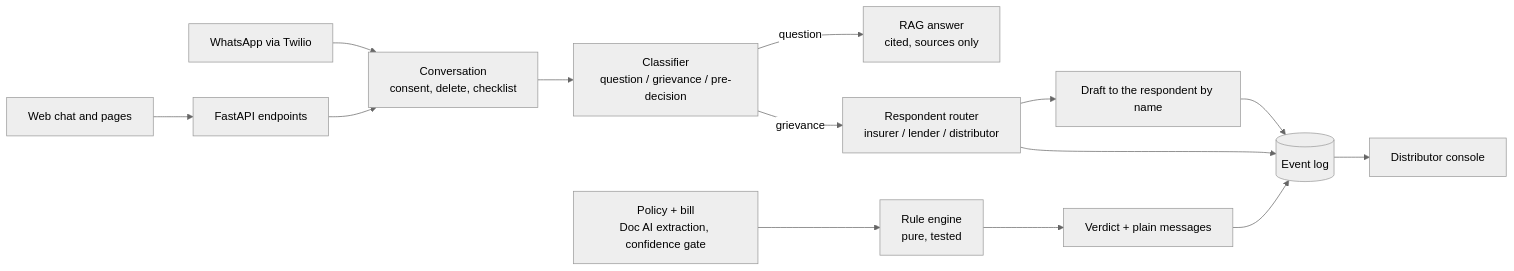
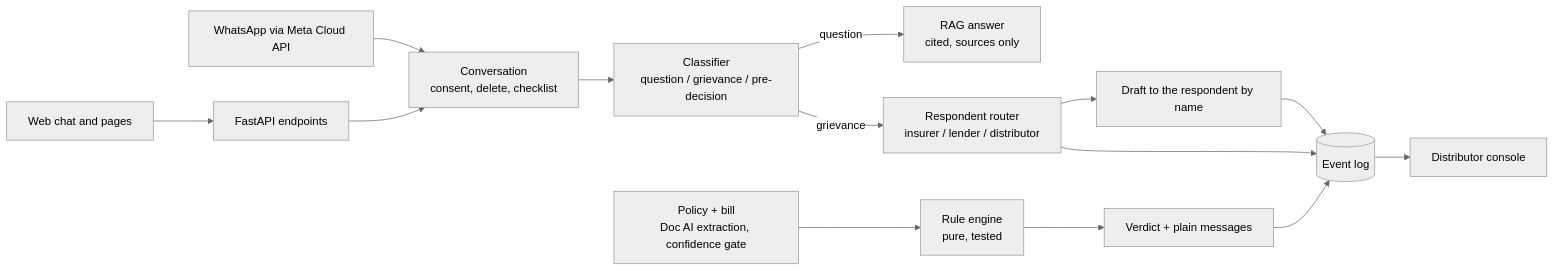
One commit to rithvikshettyy/praman-paytm changed the diagram in README.md. Above: the diagram before and after it, drawn with Mermaid (neutral theme). The commit also changed other lines of this file and 19 other files, not shown here.

First line of the commit message:
WhatsApp over Meta Cloud API in its own whatsapp/ folder, Twilio removed

````diff
--- a/README.md
+++ b/README.md
@@ -75,15 +75,15 @@
 ```mermaid
 flowchart LR
-    WA[WhatsApp via Twilio] --> CONV
+    WA[WhatsApp via Meta Cloud API] --> CONV
     WEB[Web chat and pages] --> API[FastAPI endpoints] --> CONV
     CONV[Conversation<br/>consent, delete, checklist] --> CLS[Classifier<br/>question / grievance / pre-decision]
     CLS -->|question| RAG[RAG answer<br/>cited, sources only]
     CLS -->|grievance| ROUTE[Respondent router<br/>insurer / lender / distributor]
     DOCS[Policy + bill<br/>Doc AI extraction, confidence gate] --> ENGINE[Rule engine<br/>pure, tested]
     ENGINE --> VERDICT[Verdict + plain messages]
     ROUTE --> DRAFT[Draft to the respondent by name]
     VERDICT --> EVENTS[(Event log)]
     ROUTE --> EVENTS
     DRAFT --> EVENTS
     EVENTS --> CONSOLE[Distributor console]
 ```
````
